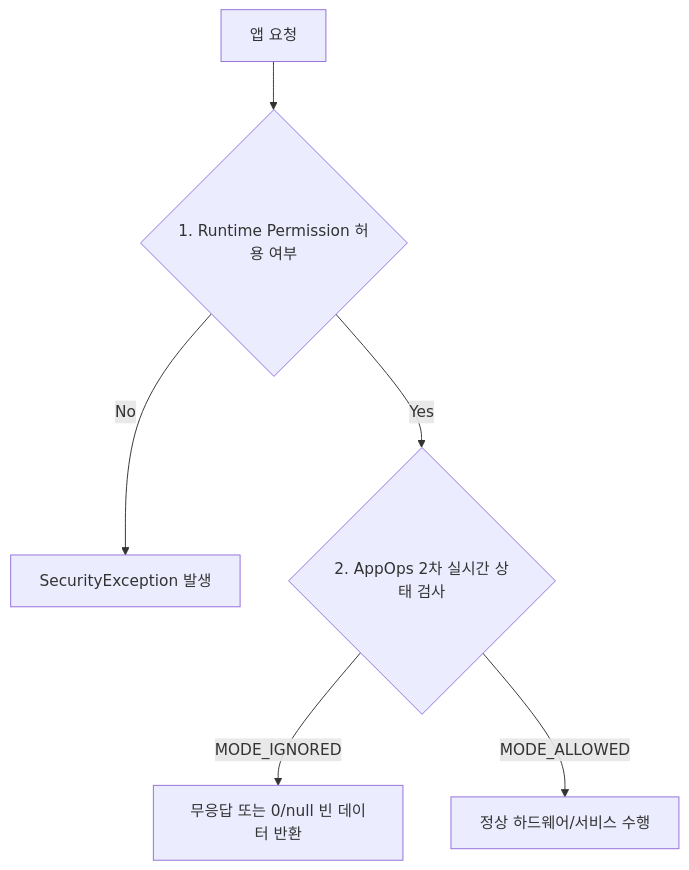
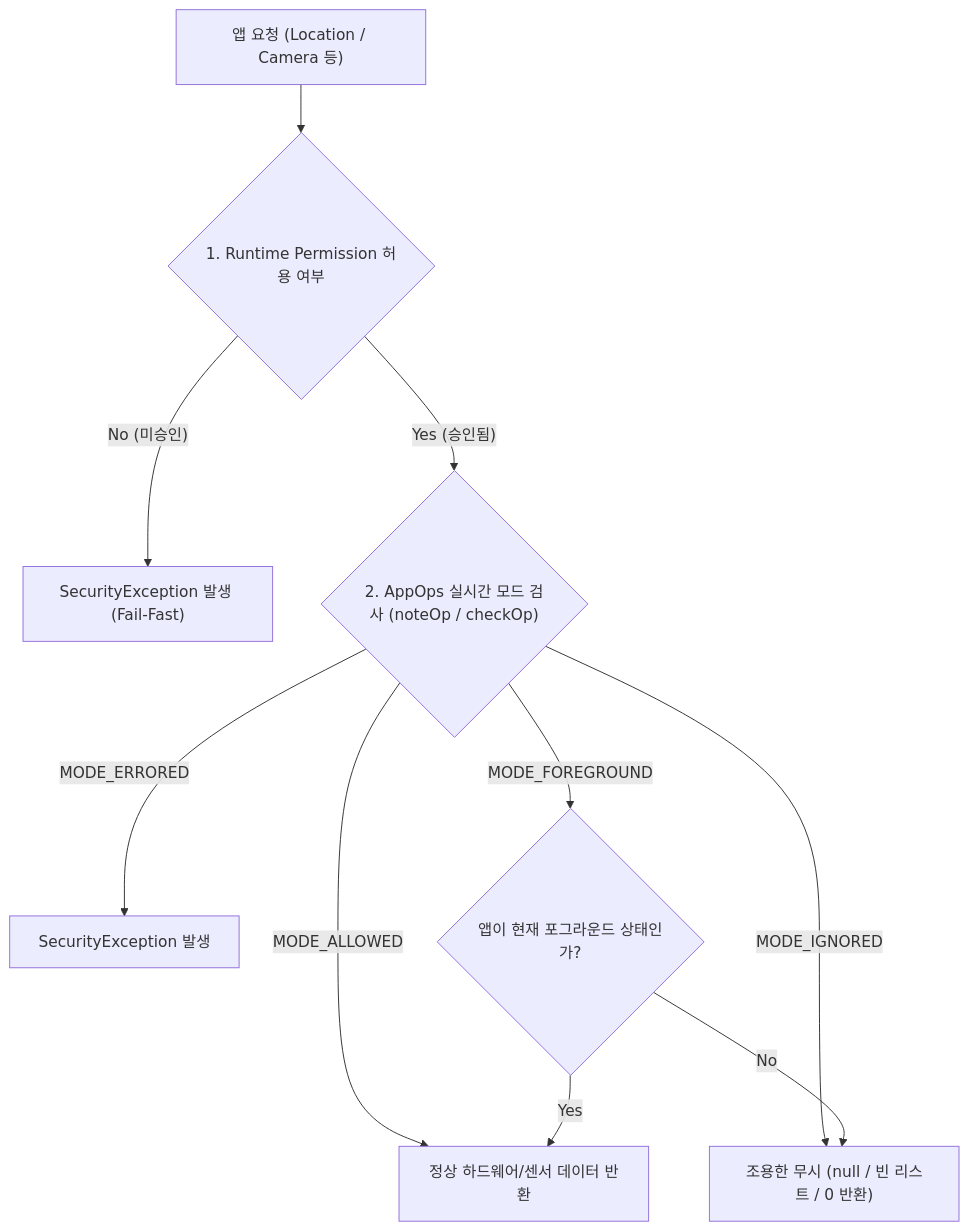
Before and after one commit to youngmin-gwon/what-i-studied: the diagram in 01_inbox/mobile/android/04_system_services/service-lookup/appops-permission-denial.md, drawn with Mermaid. The commit also changed other lines of this file and 83 other files, not shown here.

````diff
--- a/01_inbox/mobile/android/04_system_services/service-lookup/appops-permission-denial.md
+++ b/01_inbox/mobile/android/04_system_services/service-lookup/appops-permission-denial.md
@@ -17,8 +24,13 @@
 ```mermaid
 graph TD
-    App["앱 요청"] --> PermCheck{"1. Runtime Permission 허용 여부"}
-    PermCheck -->|"No"| Reject1["SecurityException 발생"]
-    PermCheck -->|"Yes"| AppOpsCheck{"2. AppOps 2차 실시간 상태 검사"}
-    AppOpsCheck -->|"MODE_IGNORED"| SilentFail["무응답 또는 0/null 빈 데이터 반환"]
-    AppOpsCheck -->|"MODE_ALLOWED"| Execute["정상 하드웨어/서비스 수행"]
+    App["앱 요청 (Location / Camera 등)"] --> PermCheck{"1. Runtime Permission 허용 여부"}
+    PermCheck -->|"No (미승인)"| Reject1["SecurityException 발생 (Fail-Fast)"]
+    PermCheck -->|"Yes (승인됨)"| AppOpsCheck{"2. AppOps 실시간 모드 검사 (noteOp / checkOp)"}
+    
+    AppOpsCheck -->|"MODE_ALLOWED"| Execute["정상 하드웨어/센서 데이터 반환"]
+    AppOpsCheck -->|"MODE_IGNORED"| SilentFail["조용한 무시 (null / 빈 리스트 / 0 반환)"]
+    AppOpsCheck -->|"MODE_ERRORED"| ThrowSec["SecurityException 발생"]
+    AppOpsCheck -->|"MODE_FOREGROUND"| FGCheck{"앱이 현재 포그라운드 상태인가?"}
+    FGCheck -->|"Yes"| Execute
+    FGCheck -->|"No"| SilentFail
 ```
````
